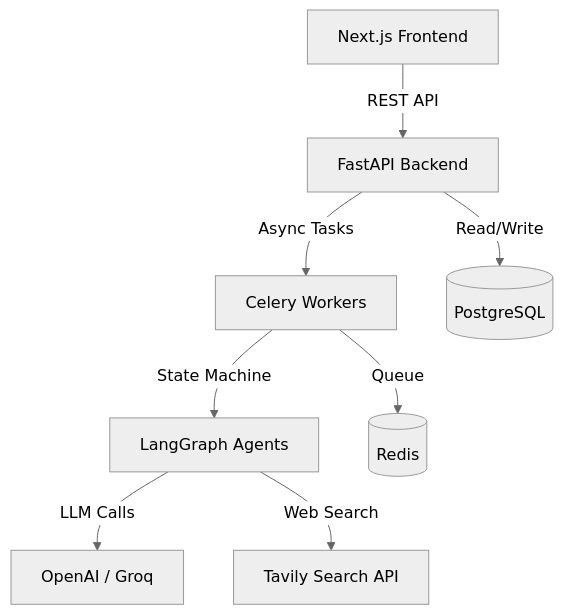
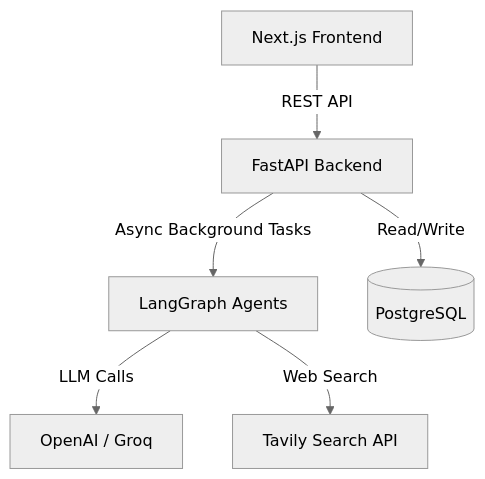
Before and after one commit to Ranithaa28/MarketMind: the diagram in README.md, drawn with Mermaid (neutral theme). The commit also changed other lines of this file, not shown here.

Commit message:
docs: update architecture to reflect BackgroundTasks instead of Celery/Redis

````diff
--- a/README.md
+++ b/README.md
@@ -42,10 +42,8 @@
 ```mermaid
 graph TD;
     Client[Next.js Frontend] -->|REST API| API[FastAPI Backend];
-    API -->|Async Tasks| Celery[Celery Workers];
-    Celery -->|State Machine| LangGraph[LangGraph Agents];
+    API -->|Async Background Tasks| LangGraph[LangGraph Agents];
     LangGraph -->|LLM Calls| OpenAI[OpenAI / Groq];
     LangGraph -->|Web Search| Tavily[Tavily Search API];
     API -->|Read/Write| DB[(PostgreSQL)];
-    Celery -->|Queue| Redis[(Redis)];
 ```
````
